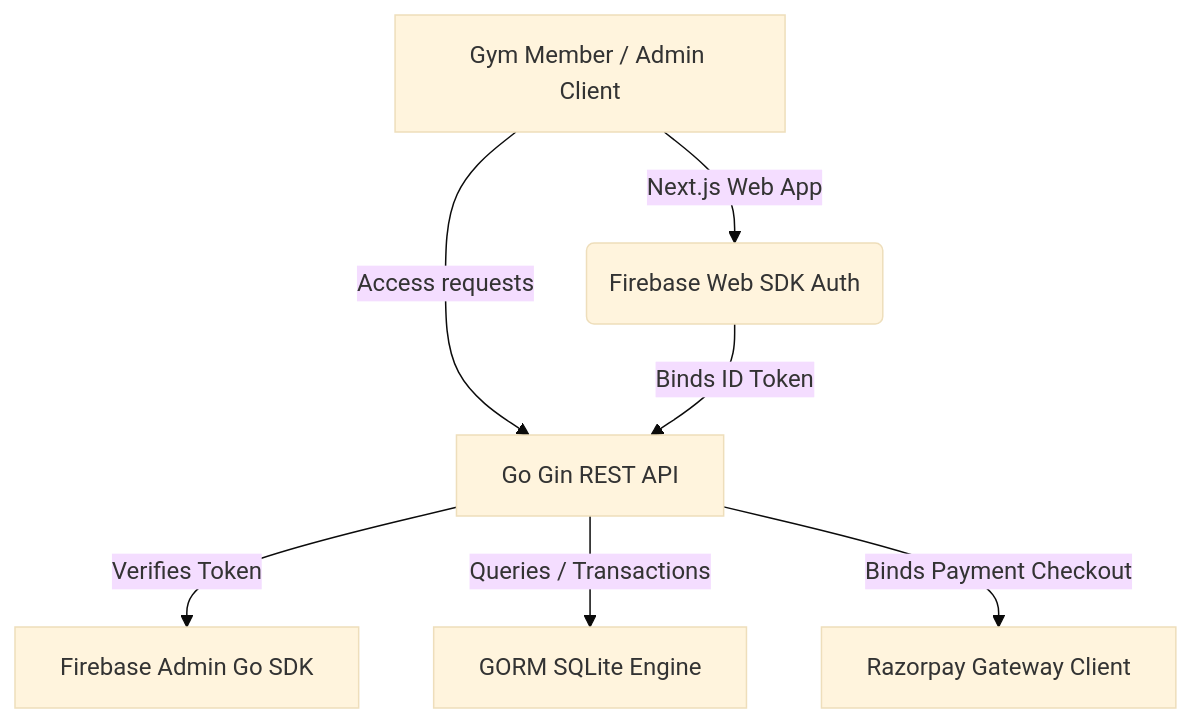
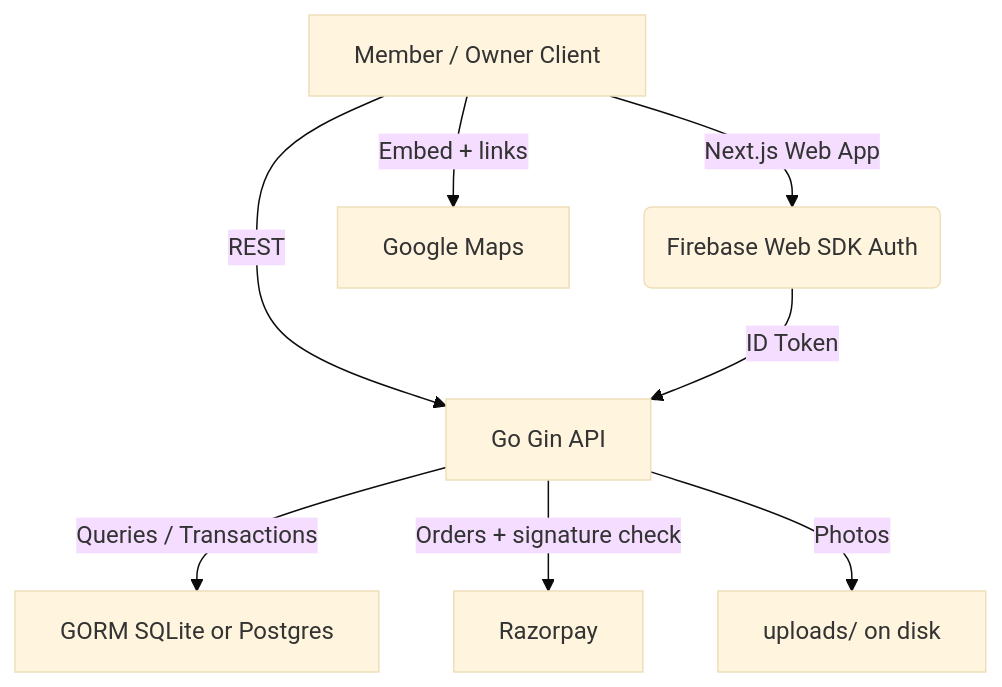
The diagram in README.md (AnirudhKaplish/GymPass), drawn with Mermaid (base theme) before and after one commit. The commit also changed other lines of this file and 107 other files, not shown here.

````diff
--- a/README.md
+++ b/README.md
@@ -36,9 +42,10 @@
 ```mermaid
 graph TD
-    A[Gym Member / Admin Client] -->|Next.js Web App| B(Firebase Web SDK Auth)
-    A -->|Access requests| C[Go Gin REST API]
-    B -->|Binds ID Token| C
-    C -->|Verifies Token| D[Firebase Admin Go SDK]
-    C -->|Queries / Transactions| E[GORM SQLite Engine]
-    C -->|Binds Payment Checkout| F[Razorpay Gateway Client]
+    A[Member / Owner Client] -->|Next.js Web App| B(Firebase Web SDK Auth)
+    A -->|REST| C[Go Gin API]
+    B -->|ID Token| C
+    C -->|Queries / Transactions| E[GORM SQLite or Postgres]
+    C -->|Orders + signature check| F[Razorpay]
+    C -->|Photos| G[uploads/ on disk]
+    A -->|Embed + links| H[Google Maps]
 ```
````
